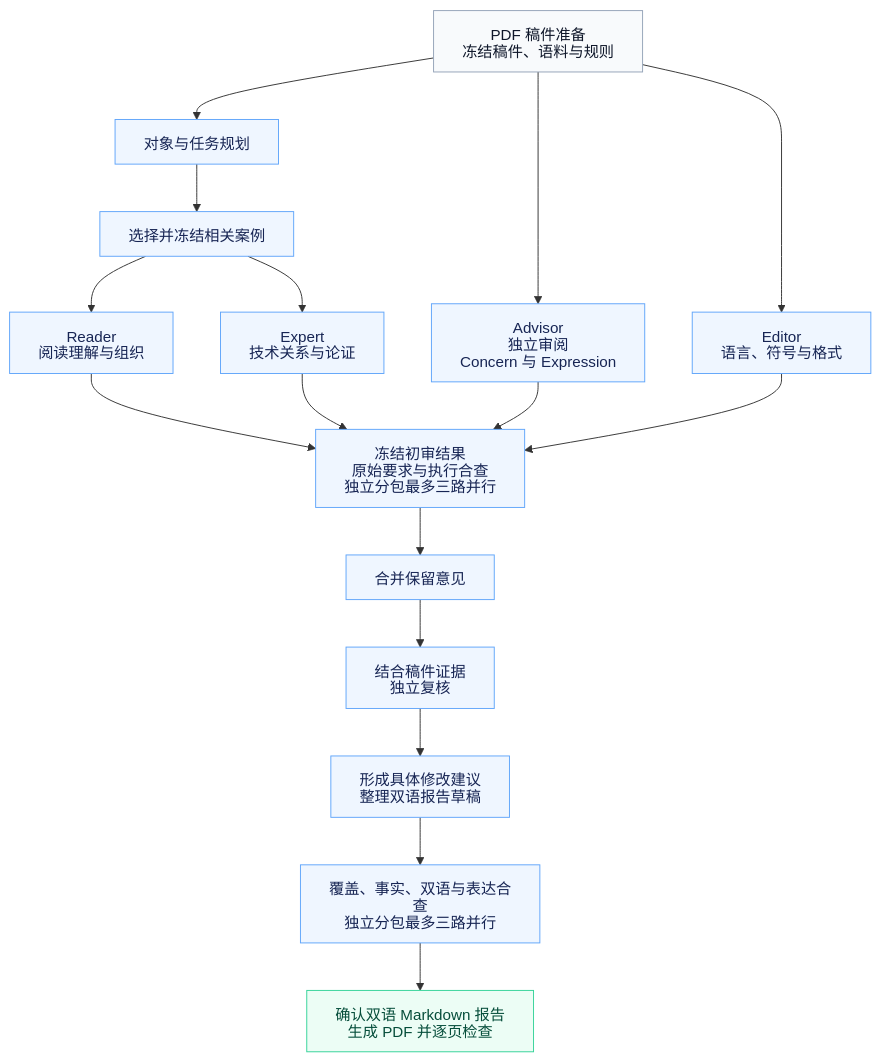
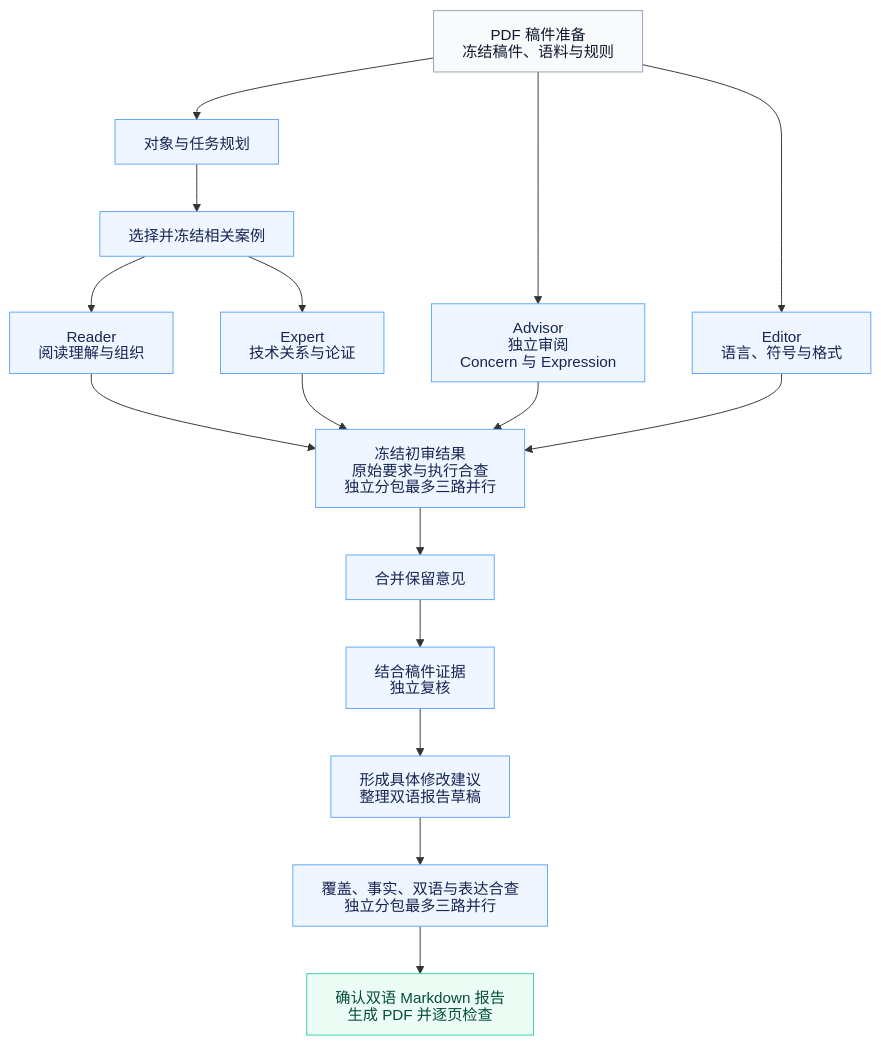
One commit to stevenyyzhang/MentorTrace changed the diagram in README.zh-CN.md. Above: the diagram before and after it, drawn with Mermaid. The commit also changed 1 other file, not shown here.

Commit message:
Widen bilingual README flowchart labels

````diff
--- a/README.zh-CN.md
+++ b/README.zh-CN.md
@@ -63,40 +63,41 @@
 ```mermaid
 ---
 config:
   htmlLabels: false
   flowchart:
     htmlLabels: false
+    wrappingWidth: 220
 ---
 flowchart TB
     F["PDF 稿件准备<br/>冻结稿件、语料与规则"]
     O["对象与任务规划"]
     C["选择并冻结相关案例"]
     R["Reader<br/>阅读理解与组织"]
     T["Expert<br/>技术关系与论证"]
     A["Advisor<br/>独立审阅<br/>Concern 与 Expression"]
     L["Editor<br/>语言、符号与格式"]
     M["合并保留意见"]
     V["结合稿件证据<br/>独立复核"]
     Q["冻结初审结果<br/>原始要求与执行合查<br/>独立分包最多三路并行"]
     D["形成具体修改建议<br/>整理双语报告草稿"]
     B["覆盖、事实、双语与表达合查<br/>独立分包最多三路并行"]
     OUT["确认双语 Markdown 报告<br/>生成 PDF 并逐页检查"]
 
     F --> O --> C
     C --> R
     C --> T
     F ----> A
     F ----> L
     R --> Q
     T --> Q
     A --> Q
     L --> Q
     Q --> M --> V --> D --> B --> OUT
 
     classDef input fill:#f8fafc,stroke:#94a3b8,color:#0f172a;
     classDef review fill:#eff6ff,stroke:#60a5fa,color:#172554;
     classDef output fill:#ecfdf5,stroke:#34d399,color:#064e3b;
     class F input;
     class O,C,R,T,A,L,M,V,Q,D,B review;
     class OUT output;
 ```
````
